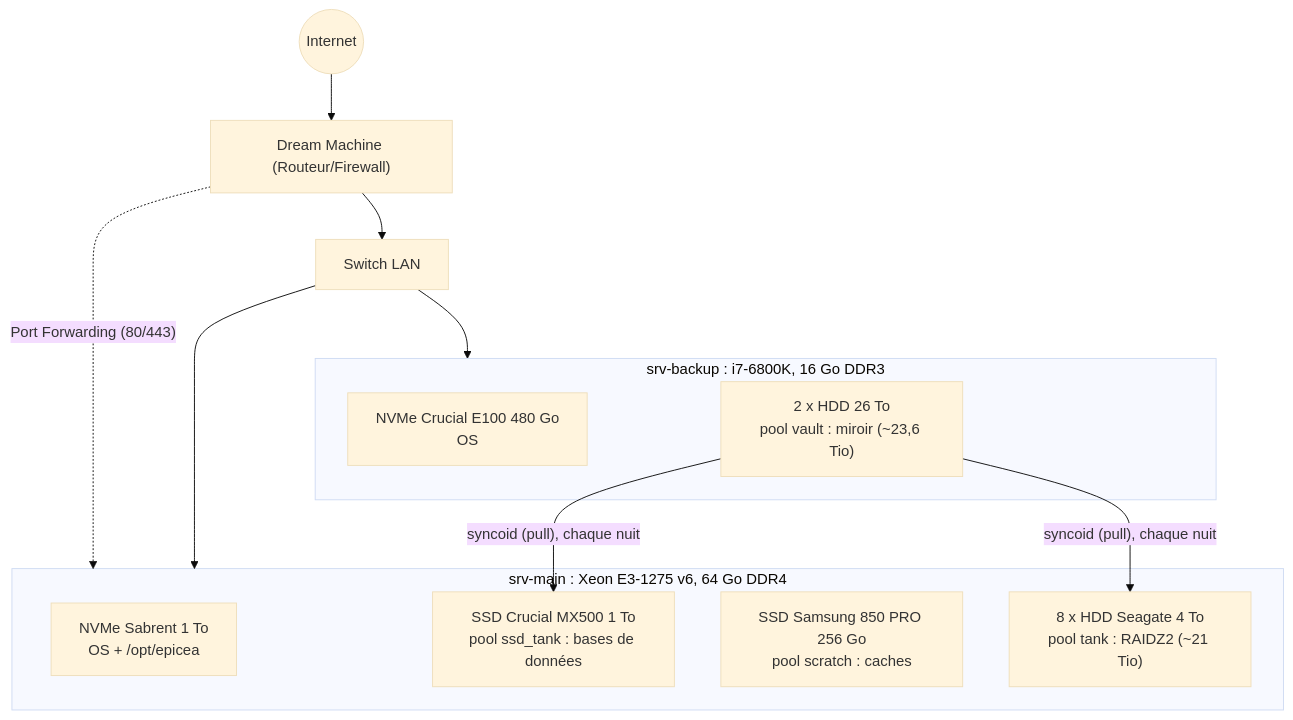
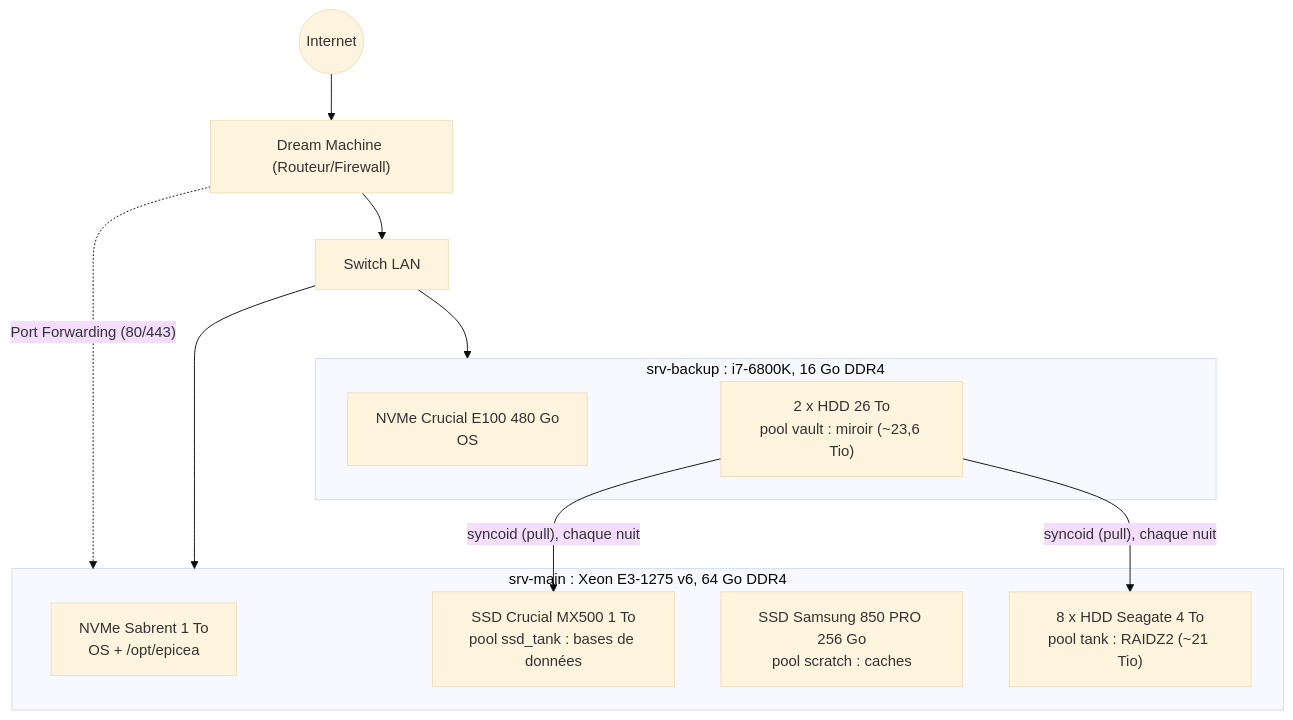
The first of 2 diagrams in README.md (mrsolarius/EpiceaInfra), drawn with Mermaid (base theme) before and after one commit. The commit also changed 1 other file, not shown here.

Commit message:
Update server specifications in documentation for srv-main and srv-backup

````diff
--- a/README.md
+++ b/README.md
@@ -19,23 +19,23 @@
 ```mermaid
 graph TD
     Internet((Internet)) --> UDM["Dream Machine (Routeur/Firewall)"]
     UDM --> Switch["Switch LAN"]
 
     subgraph main ["srv-main : Xeon E3-1275 v6, 64 Go DDR4"]
         NVMe_M["NVMe Sabrent 1 To<br/>OS + /opt/epicea"]
         SSD_DB["SSD Crucial MX500 1 To<br/>pool ssd_tank : bases de données"]
         SSD_Cache["SSD Samsung 850 PRO 256 Go<br/>pool scratch : caches"]
         Tank["8 x HDD Seagate 4 To<br/>pool tank : RAIDZ2 (~21 Tio)"]
     end
 
-    subgraph backup ["srv-backup : i7-6800K, 16 Go DDR3"]
+    subgraph backup ["srv-backup : i7-6800K, 16 Go DDR4"]
         NVMe_B["NVMe Crucial E100 480 Go<br/>OS"]
         Vault["2 x HDD 26 To<br/>pool vault : miroir (~23,6 Tio)"]
     end
 
     Switch --> main
     Switch --> backup
     UDM -. "Port Forwarding (80/443)" .-> main
     Vault -- "syncoid (pull), chaque nuit" --> Tank
     Vault -- "syncoid (pull), chaque nuit" --> SSD_DB
 ```
````
